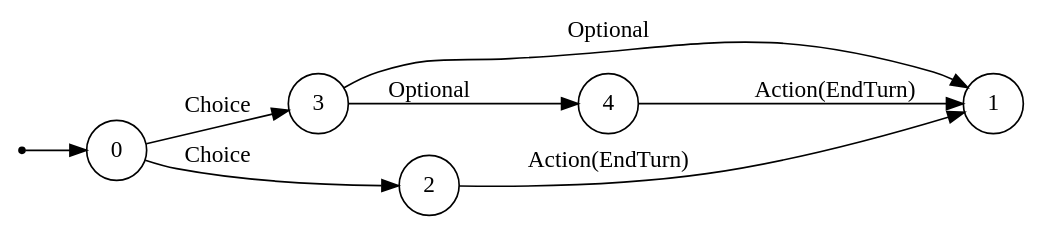
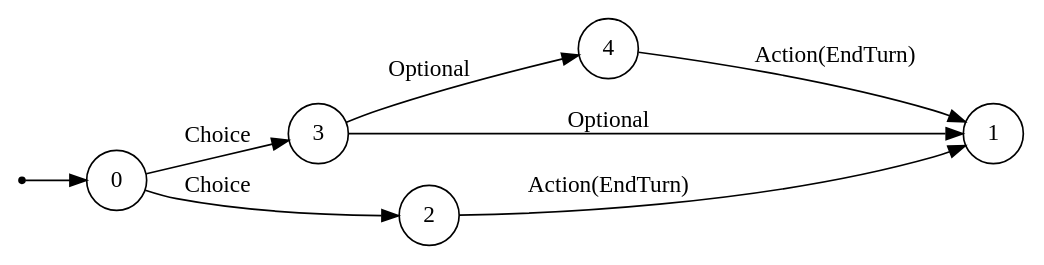
One commit to mentalcardgames/mcg changed the diagram in ir/tests_out/choice_rule.dot. Above: the diagram before and after it, drawn with Graphviz. The commit also changed other lines of this file and 22 other files, not shown here.

```diff
--- a/ir/tests_out/choice_rule.dot
+++ b/ir/tests_out/choice_rule.dot
@@ -1,12 +1,12 @@
 digraph FSM {
   rankdir=LR;
   node [shape = circle];
+  3 -> 4 [label="Optional"];
+  4 -> 1 [label="Action(EndTurn)"];
+  0 -> 3 [label="Choice"];
   3 -> 1 [label="Optional"];
   0 -> 2 [label="Choice"];
   2 -> 1 [label="Action(EndTurn)"];
-  4 -> 1 [label="Action(EndTurn)"];
-  3 -> 4 [label="Optional"];
-  0 -> 3 [label="Choice"];
   start [shape=point];
   start -> 0;
 }
```
